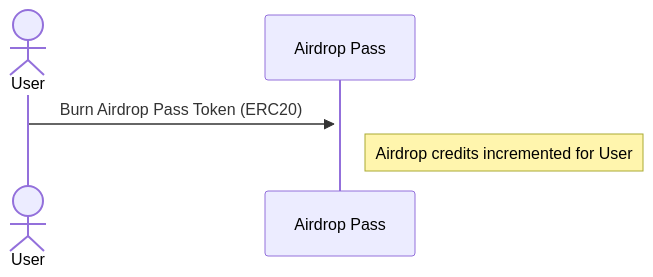
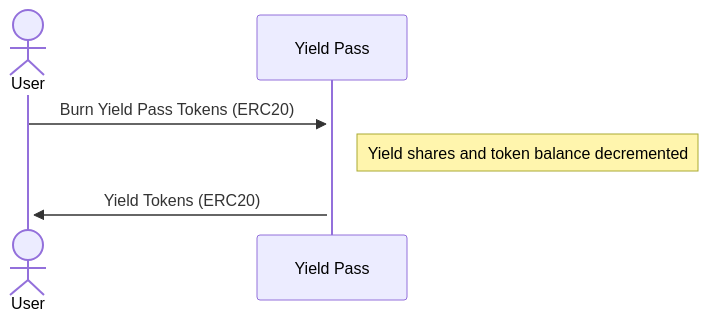
Before and after one commit to metastreet-labs/metastreet-yield-pass: the third of 5 diagrams in docs/DESIGN.md, drawn with Mermaid. The commit also changed other lines of this file and 2 other files, not shown here.

````diff
--- a/docs/DESIGN.md
+++ b/docs/DESIGN.md
@@ -58,6 +96,7 @@
 ```mermaid
 sequenceDiagram
     actor User
-    User->>+Airdrop Pass: Burn Airdrop Pass Token (ERC20)
-    Note right of Airdrop Pass: Airdrop credits incremented for User
+    User->>+Yield Pass: Burn Yield Pass Tokens (ERC20)
+    Note right of Yield Pass: Yield shares and token balance decremented
+    Yield Pass->>+User: Yield Tokens (ERC20)
 ```
````
